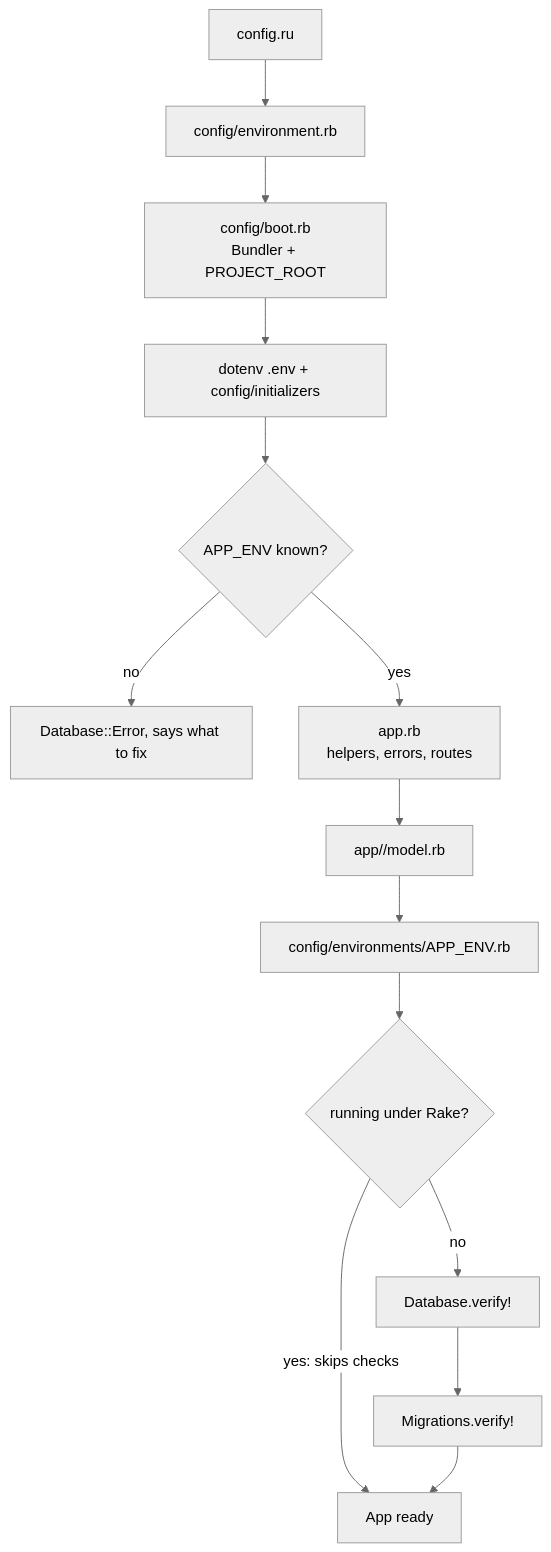
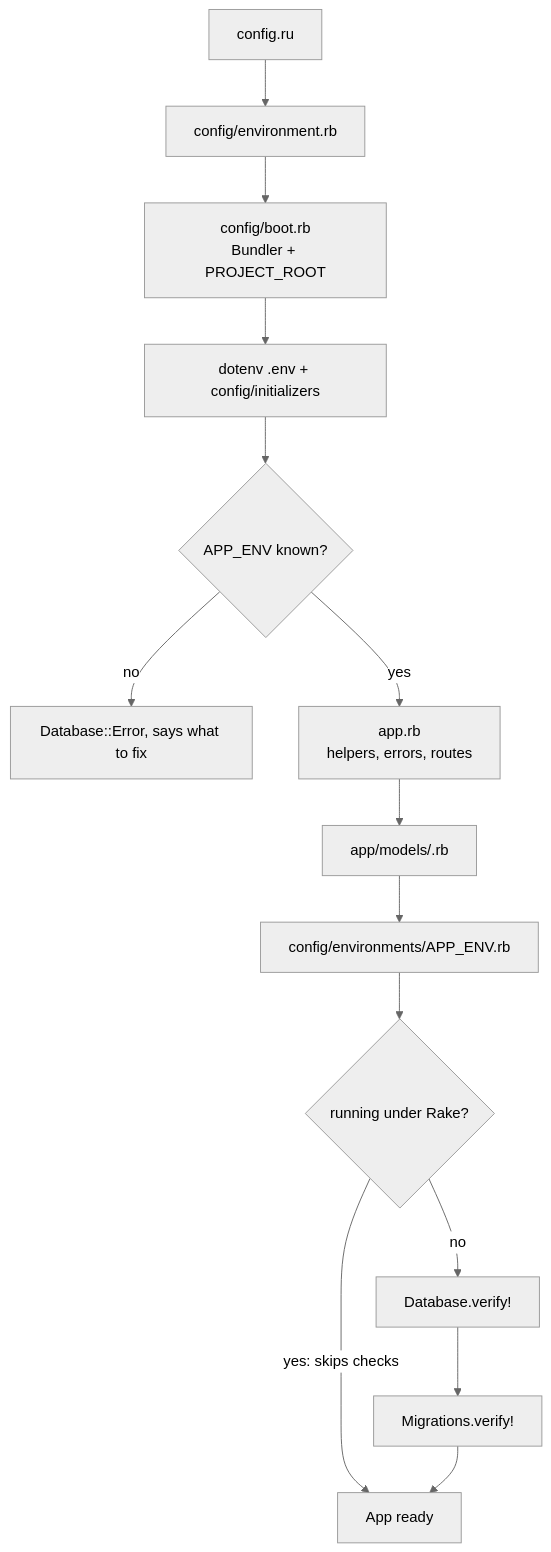
One commit to http-pardal-dev/ruby-sinatra changed the diagram in docs/architecture.md. Above: the diagram before and after it, drawn with Mermaid (neutral theme). The commit also changed other lines of this file and 20 other files, not shown here.

````diff
--- a/docs/architecture.md
+++ b/docs/architecture.md
@@ -26,16 +26,16 @@
 ```mermaid
 flowchart TD
     A["config.ru"] --> B["config/environment.rb"]
     B --> C["config/boot.rb<br/>Bundler + PROJECT_ROOT"]
     C --> D["dotenv .env + config/initializers"]
     D --> E{"APP_ENV known?"}
     E -- no --> X["Database::Error, says what to fix"]
     E -- yes --> F["app.rb<br/>helpers, errors, routes"]
-    F --> G["app/<resource>/model.rb"]
+    F --> G["app/models/<resource>.rb"]
     G --> H["config/environments/APP_ENV.rb"]
     H --> I{"running under Rake?"}
     I -- "yes: skips checks" --> L["App ready"]
     I -- no --> J["Database.verify!"]
     J --> K["Migrations.verify!"]
     K --> L
 ```
````
